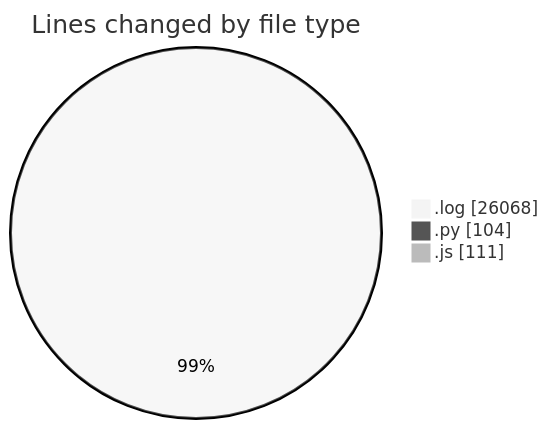
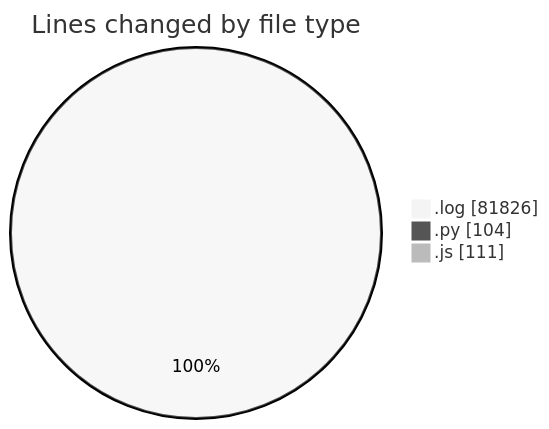
The first of 2 diagrams in 2025-04-10/nxtqube_webapp/README.md (nxtqubesakshisongat/code-tracking), drawn with Mermaid (neutral theme) before and after one commit. The commit also changed other lines of this file and 1 other file, not shown here.

````diff
--- a/2025-04-10/nxtqube_webapp/README.md
+++ b/2025-04-10/nxtqube_webapp/README.md
@@ -22,7 +22,7 @@
 ```mermaid
 pie showData
 title Lines changed by file type
-".log" : 26068
+".log" : 81826
 ".py" : 104
 ".js" : 111
 ```
````
